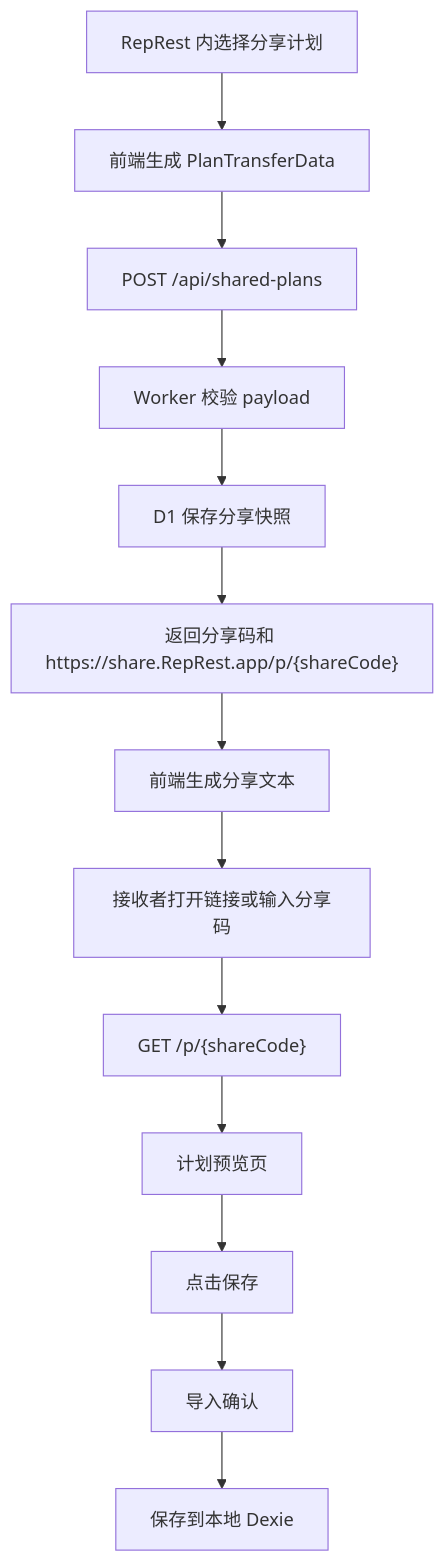
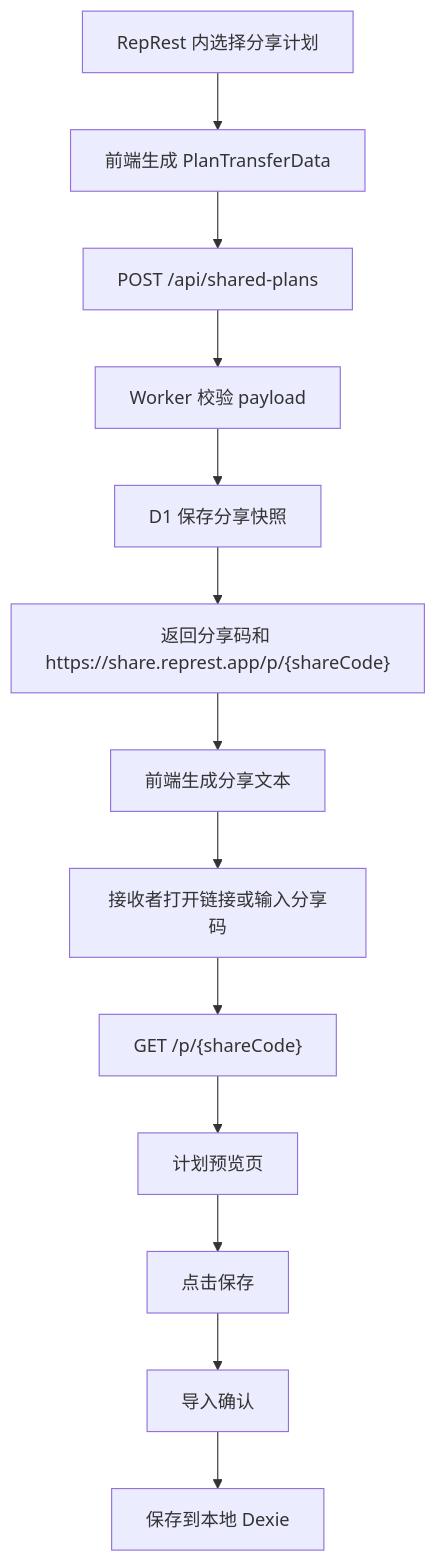
One commit to jiachaoDing/represt changed the diagram in docs/plan-share-cloudflare-implementation.md. Above: the diagram before and after it, drawn with Mermaid. The commit also changed other lines of this file and 12 other files, not shown here.

````diff
--- a/docs/plan-share-cloudflare-implementation.md
+++ b/docs/plan-share-cloudflare-implementation.md
@@ -19,15 +19,15 @@
 ```mermaid
 flowchart TD
   A["RepRest 内选择分享计划"] --> B["前端生成 PlanTransferData"]
   B --> C["POST /api/shared-plans"]
   C --> D["Worker 校验 payload"]
   D --> E["D1 保存分享快照"]
-  E --> F["返回分享码和 https://share.RepRest.app/p/{shareCode}"]
+  E --> F["返回分享码和 https://share.represt.app/p/{shareCode}"]
   F --> G["前端生成分享文本"]
   G --> H["接收者打开链接或输入分享码"]
   H --> I["GET /p/{shareCode}"]
   I --> J["计划预览页"]
   J --> K["点击保存"]
   K --> L["导入确认"]
   L --> M["保存到本地 Dexie"]
 ```
````
